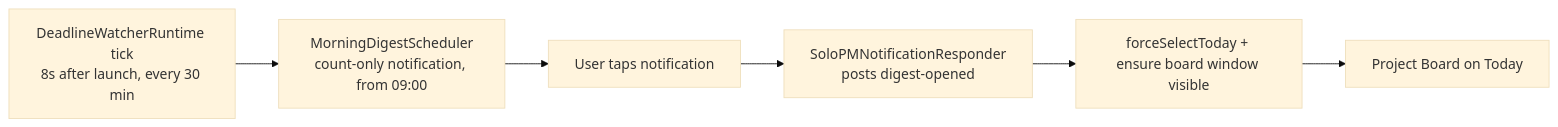
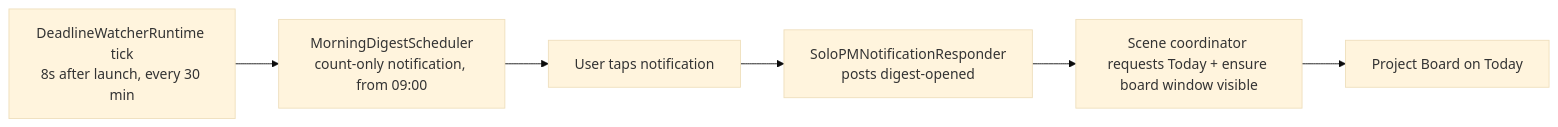
The second of 3 diagrams in docs/ux/information-architecture.md (albert-einshutoin/Suisui), drawn with Mermaid (base theme) before and after one commit. The commit also changed other lines of this file and 6 other files, not shown here.

````diff
--- a/docs/ux/information-architecture.md
+++ b/docs/ux/information-architecture.md
@@ -144,8 +144,8 @@
 ```mermaid
 flowchart LR
     W[DeadlineWatcherRuntime tick\n8s after launch, every 30 min] --> D[MorningDigestScheduler\ncount-only notification, from 09:00]
     D --> N[User taps notification]
     N --> R[SoloPMNotificationResponder\nposts digest-opened]
-    R --> T[forceSelectToday + ensure board window visible]
+    R --> T[Scene coordinator requests Today + ensure board window visible]
     T --> B[Project Board on Today]
 ```
````
